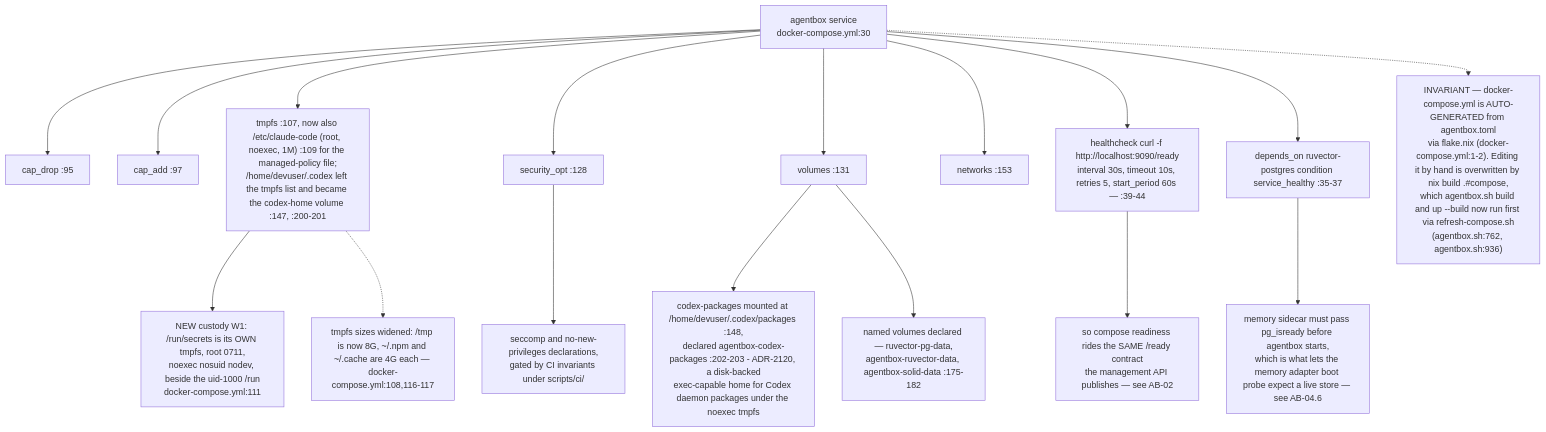
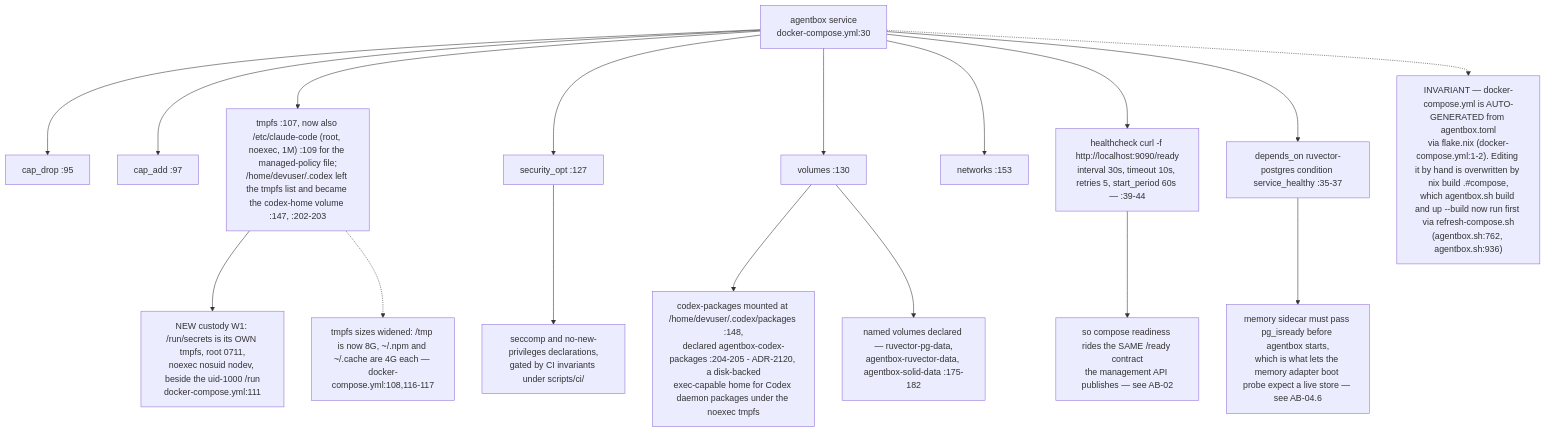
Before and after one commit to DreamLab-AI/VisionFlow: the eighth of 14 diagrams in docs/diagrams/agentbox/06-sidecars-and-compose-overlays.md, drawn with Mermaid. The commit also changed other lines of this file and 36 other files, not shown here.

First line of the commit message:
docs(diagrams): re-derive and re-stamp agentbox, dream-engine, visioncraft, visiontouch and vowl topics; drop LAN addresses

````diff
--- a/docs/diagrams/agentbox/06-sidecars-and-compose-overlays.md
+++ b/docs/diagrams/agentbox/06-sidecars-and-compose-overlays.md
@@ -247,19 +247,19 @@
 ```mermaid
 flowchart TD
     AB["agentbox service<br/>docker-compose.yml:30"] --> CD["cap_drop :95"]
     AB --> CA2["cap_add :97"]
-    AB --> TM["tmpfs :107, now also /etc/claude-code (root, noexec, 1M) :109 for the managed-policy file;<br/>/home/devuser/.codex left the tmpfs list and became the codex-home volume :147, :200-201"]
+    AB --> TM["tmpfs :107, now also /etc/claude-code (root, noexec, 1M) :109 for the managed-policy file;<br/>/home/devuser/.codex left the tmpfs list and became the codex-home volume :147, :202-203"]
     TM --> SEC["NEW custody W1: /run/secrets is its OWN tmpfs, root 0711,<br/>noexec nosuid nodev, beside the uid-1000 /run<br/>docker-compose.yml:111"]
-    AB --> SO["security_opt :128"]
-    AB --> VOL["volumes :131"]
+    AB --> SO["security_opt :127"]
+    AB --> VOL["volumes :130"]
     AB --> NET["networks :153"]
     SO --> SCC["seccomp and no-new-privileges declarations,<br/>gated by CI invariants under scripts/ci/"]
-    VOL --> CXP["codex-packages mounted at /home/devuser/.codex/packages :148,<br/>declared agentbox-codex-packages :202-203 - ADR-2120, a disk-backed<br/>exec-capable home for Codex daemon packages under the noexec tmpfs"]
+    VOL --> CXP["codex-packages mounted at /home/devuser/.codex/packages :148,<br/>declared agentbox-codex-packages :204-205 - ADR-2120, a disk-backed<br/>exec-capable home for Codex daemon packages under the noexec tmpfs"]
     VOL --> NV["named volumes declared — ruvector-pg-data,<br/>agentbox-ruvector-data, agentbox-solid-data :175-182"]
     AB --> HC["healthcheck curl -f http://localhost:9090/ready<br/>interval 30s, timeout 10s, retries 5, start_period 60s — :39-44"]
     HC --> RDY["so compose readiness rides the SAME /ready contract<br/>the management API publishes — see AB-02"]
     AB --> DEP["depends_on ruvector-postgres condition service_healthy :35-37"]
     DEP --> ORD["memory sidecar must pass pg_isready before agentbox starts,<br/>which is what lets the memory adapter boot probe expect a live store — see AB-04.6"]
     AB -.-> GEN["INVARIANT — docker-compose.yml is AUTO-GENERATED from agentbox.toml<br/>via flake.nix (docker-compose.yml:1-2). Editing it by hand is overwritten by nix build .#compose,<br/>which agentbox.sh build and up --build now run first via refresh-compose.sh<br/>(agentbox.sh:762, agentbox.sh:936)"]
     TM -.-> TMS["tmpfs sizes widened: /tmp is now 8G, ~/.npm and ~/.cache are 4G each — docker-compose.yml:108,116-117"]
 ```
````
